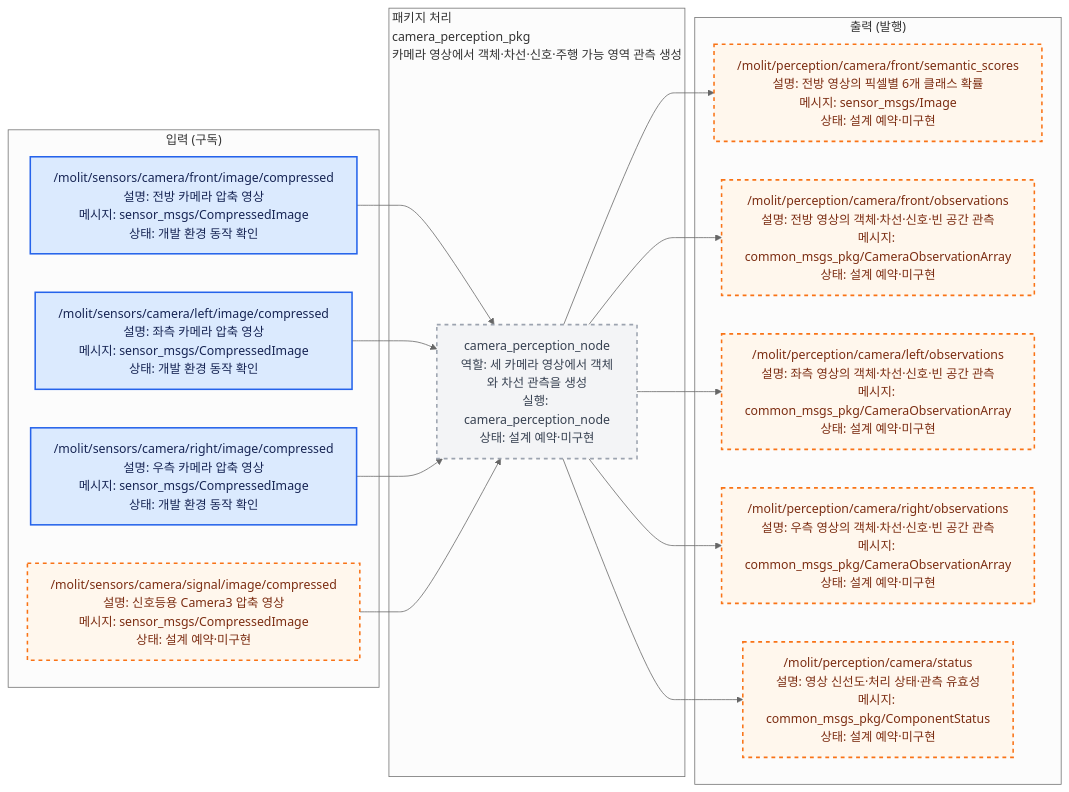
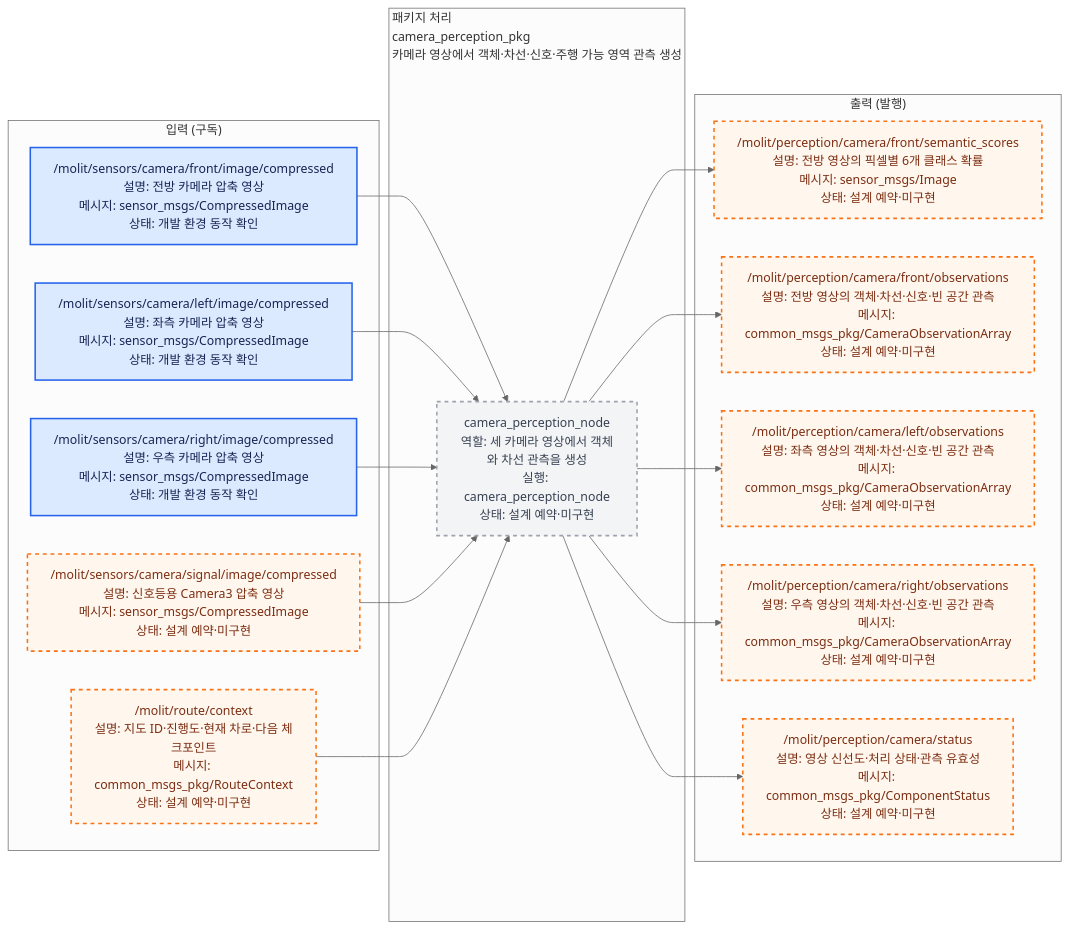
The diagram in src/camera_perception_pkg/docs/interface_io.mmd (Team-Stier/Morai_Sim_team2), drawn with Mermaid (neutral theme) before and after one commit. The commit also changed 25 other files, not shown here.

```diff
--- a/src/camera_perception_pkg/docs/interface_io.mmd
+++ b/src/camera_perception_pkg/docs/interface_io.mmd
@@ -1,47 +1,50 @@
 %% AUTO-GENERATED by ros_architecture_pkg/scripts/generate_interface_diagrams.py. DO NOT EDIT.
 %% Source of truth: ros_architecture_pkg/config/interface_contract.yaml
 flowchart LR
     classDef liveNode fill:#dcfce7,color:#14532d,stroke:#16a34a,stroke-width:2px;
     classDef reservedNode fill:#f3f4f6,color:#374151,stroke:#9ca3af,stroke-width:2px,stroke-dasharray: 5 5;
     classDef liveTopic fill:#dbeafe,color:#172554,stroke:#2563eb,stroke-width:2px;
     classDef reservedTopic fill:#fff7ed,color:#7c2d12,stroke:#f97316,stroke-width:2px,stroke-dasharray: 5 5;
     classDef emptyPort fill:#ffffff,color:#6b7280,stroke:#d1d5db,stroke-dasharray: 3 3;
     classDef externalEndpoint fill:#f3e8ff,color:#581c87,stroke:#9333ea,stroke-width:3px;
 
     subgraph INPUTS["입력 (구독)"]
         input_000["/molit/sensors/camera/front/image/compressed<br/>설명: 전방 카메라 압축 영상<br/>메시지: sensor_msgs/CompressedImage<br/>상태: 개발 환경 동작 확인"]
         input_001["/molit/sensors/camera/left/image/compressed<br/>설명: 좌측 카메라 압축 영상<br/>메시지: sensor_msgs/CompressedImage<br/>상태: 개발 환경 동작 확인"]
         input_002["/molit/sensors/camera/right/image/compressed<br/>설명: 우측 카메라 압축 영상<br/>메시지: sensor_msgs/CompressedImage<br/>상태: 개발 환경 동작 확인"]
         input_003["/molit/sensors/camera/signal/image/compressed<br/>설명: 신호등용 Camera3 압축 영상<br/>메시지: sensor_msgs/CompressedImage<br/>상태: 설계 예약·미구현"]
+        input_004["/molit/route/context<br/>설명: 지도 ID·진행도·현재 차로·다음 체크포인트<br/>메시지: common_msgs_pkg/RouteContext<br/>상태: 설계 예약·미구현"]
     end
     subgraph PACKAGE["패키지 처리<br/>camera_perception_pkg<br/>카메라 영상에서 객체·차선·신호·주행 가능 영역 관측 생성"]
         local_node_000["camera_perception_node<br/>역할: 세 카메라 영상에서 객체와 차선 관측을 생성<br/>실행: camera_perception_node<br/>상태: 설계 예약·미구현"]
     end
     subgraph OUTPUTS["출력 (발행)"]
         output_000["/molit/perception/camera/front/semantic_scores<br/>설명: 전방 영상의 픽셀별 6개 클래스 확률<br/>메시지: sensor_msgs/Image<br/>상태: 설계 예약·미구현"]
         output_001["/molit/perception/camera/front/observations<br/>설명: 전방 영상의 객체·차선·신호·빈 공간 관측<br/>메시지: common_msgs_pkg/CameraObservationArray<br/>상태: 설계 예약·미구현"]
         output_002["/molit/perception/camera/left/observations<br/>설명: 좌측 영상의 객체·차선·신호·빈 공간 관측<br/>메시지: common_msgs_pkg/CameraObservationArray<br/>상태: 설계 예약·미구현"]
         output_003["/molit/perception/camera/right/observations<br/>설명: 우측 영상의 객체·차선·신호·빈 공간 관측<br/>메시지: common_msgs_pkg/CameraObservationArray<br/>상태: 설계 예약·미구현"]
         output_004["/molit/perception/camera/status<br/>설명: 영상 신선도·처리 상태·관측 유효성<br/>메시지: common_msgs_pkg/ComponentStatus<br/>상태: 설계 예약·미구현"]
     end
 
     input_000 --> local_node_000
     input_001 --> local_node_000
     input_002 --> local_node_000
     input_003 --> local_node_000
+    input_004 --> local_node_000
     local_node_000 --> output_000
     local_node_000 --> output_001
     local_node_000 --> output_002
     local_node_000 --> output_003
     local_node_000 --> output_004
 
     class local_node_000 reservedNode;
     class input_000 liveTopic;
     class input_001 liveTopic;
     class input_002 liveTopic;
     class input_003 reservedTopic;
+    class input_004 reservedTopic;
     class output_000 reservedTopic;
     class output_001 reservedTopic;
     class output_002 reservedTopic;
     class output_003 reservedTopic;
     class output_004 reservedTopic;
```
